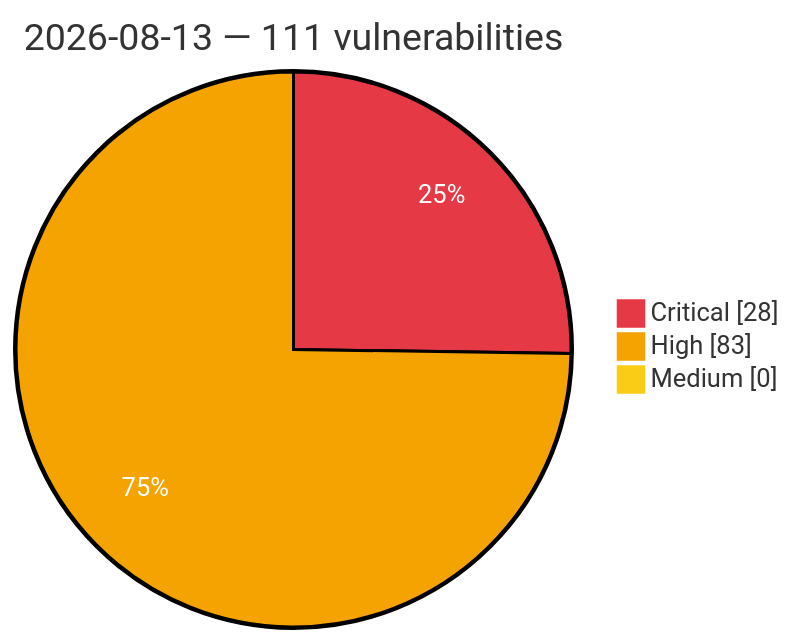
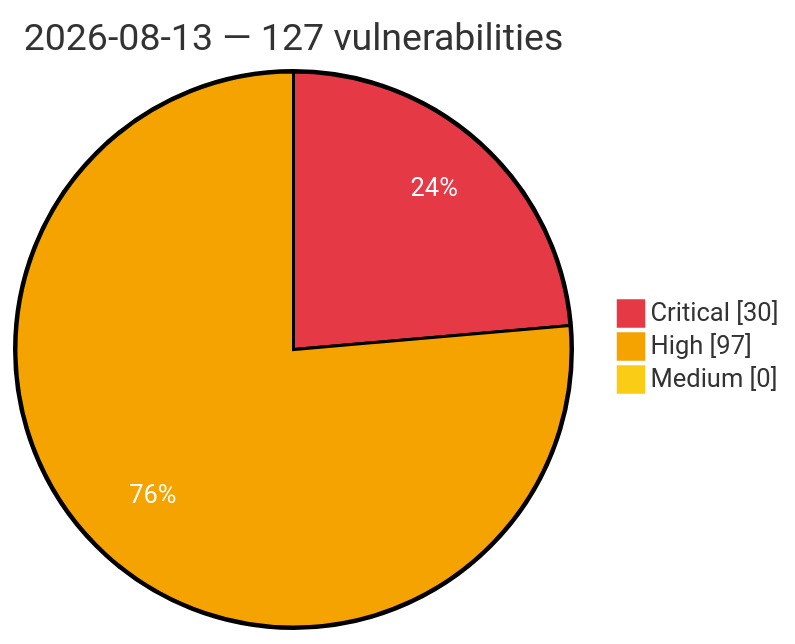
The diagram in vulnerabilities/2026/August/2026-08-13.md (GhostX0X/vuln-tracker), drawn with Mermaid before and after one commit. The commit also changed other lines of this file and 5 other files, not shown here.

Commit message:
Auto update: critical/high vulns (2026-08-13 21:13 UTC)

````diff
--- a/vulnerabilities/2026/August/2026-08-13.md
+++ b/vulnerabilities/2026/August/2026-08-13.md
@@ -3,8 +3,8 @@
 ```mermaid
 %%{init: {'theme':'base', 'themeVariables': {'pie1':'#e63946', 'pie2':'#f4a300', 'pie3':'#facc15', 'pieOpacity':'1', 'pieOuterStrokeWidth':'2px', 'pieSectionTextColor':'#ffffff'}}}%%
 pie showData
-    title 2026-08-13 — 111 vulnerabilities
-    "Critical" : 28
-    "High" : 83
+    title 2026-08-13 — 127 vulnerabilities
+    "Critical" : 30
+    "High" : 97
     "Medium" : 0
 ```
````
